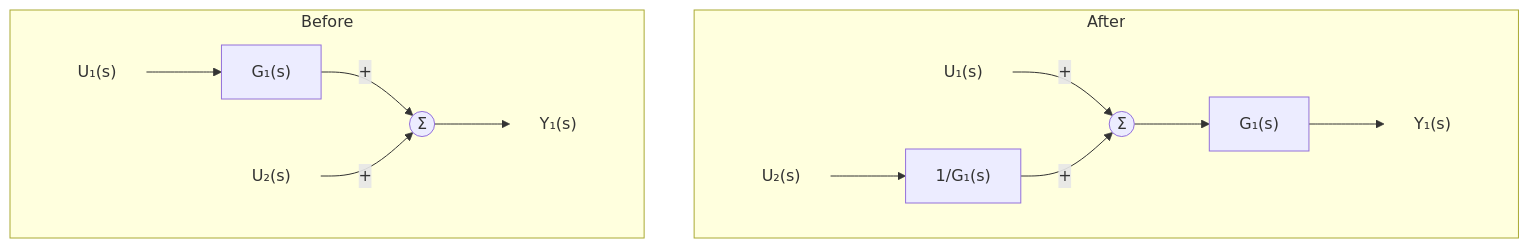
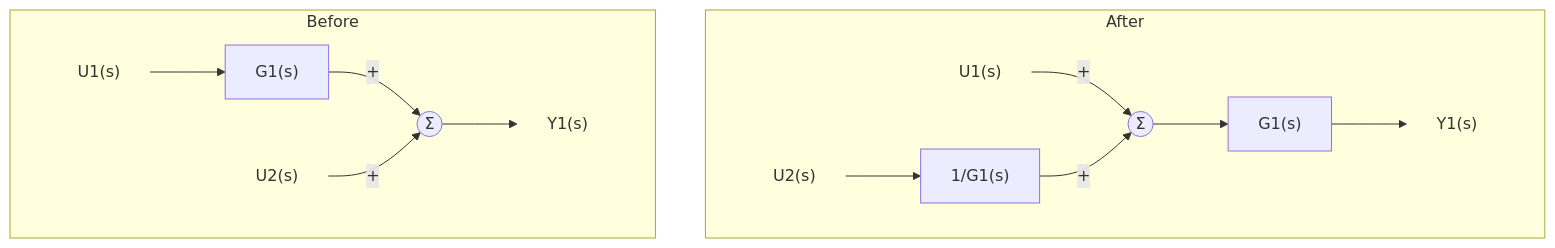
The seventh of 15 diagrams in Lecture-Notes/Week05_Control-System-Modeling-II/Concepts_Lecture.md (Choroning/25Fall_Neural-Network-Control-Systems), drawn with Mermaid before and after one commit. The commit also changed other lines of this file and 25 other files, not shown here.

````diff
--- a/Lecture-Notes/Week05_Control-System-Modeling-II/Concepts_Lecture.md
+++ b/Lecture-Notes/Week05_Control-System-Modeling-II/Concepts_Lecture.md
@@ -716,21 +718,21 @@
 ```mermaid
 flowchart LR
   subgraph B2["Before"]
     direction LR
-    a1["U₁(s)"] --> ag["G₁(s)"]
-    ag -->|"+"| as(("Σ"))
-    a2["U₂(s)"] -->|"+"| as
-    as --> ay["Y₁(s)"]
+    a1["U1(s)"] --> ag["G1(s)"]
+    ag -->|"#43;"| as(("Σ"))
+    a2["U2(s)"] -->|"#43;"| as
+    as --> ay["Y1(s)"]
   end
   subgraph A2["After"]
     direction LR
-    b1["U₁(s)"] -->|"+"| bs(("Σ"))
-    b2["U₂(s)"] --> bh["1/G₁(s)"]
-    bh -->|"+"| bs
-    bs --> bg["G₁(s)"]
-    bg --> by["Y₁(s)"]
+    b1["U1(s)"] -->|"#43;"| bs(("Σ"))
+    b2["U2(s)"] --> bh["1/G1(s)"]
+    bh -->|"#43;"| bs
+    bs --> bg["G1(s)"]
+    bg --> by["Y1(s)"]
   end
   B2 ~~~ A2
   classDef sig fill:none,stroke:none;
   class a1,a2,ay,b1,b2,by sig;
 ```
````
